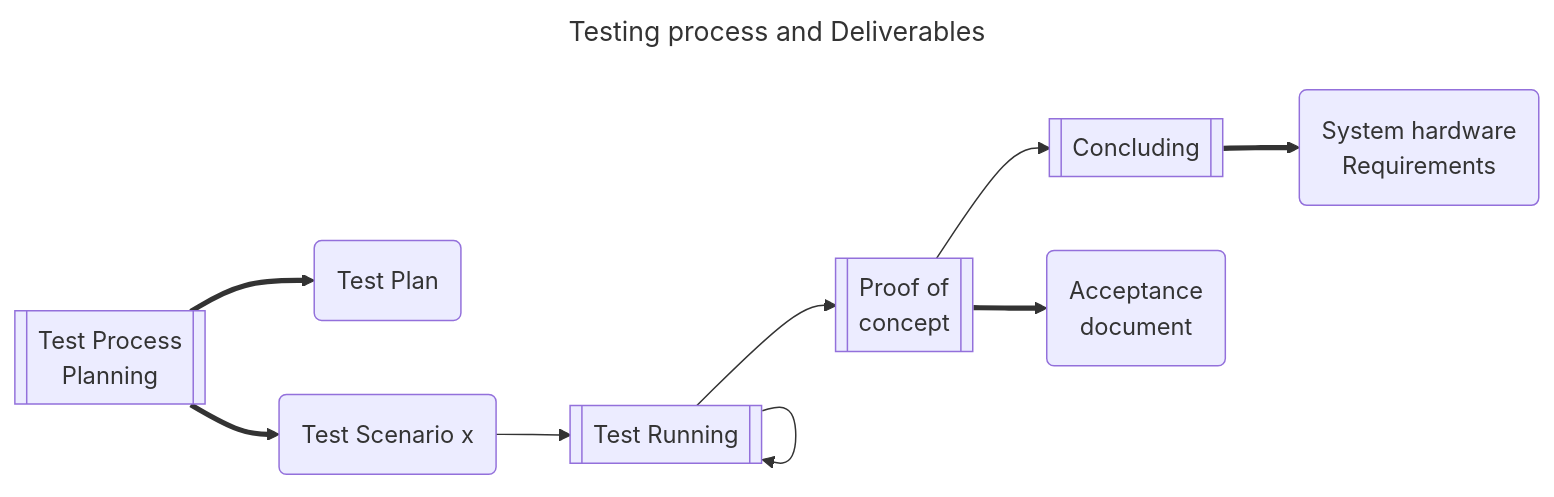
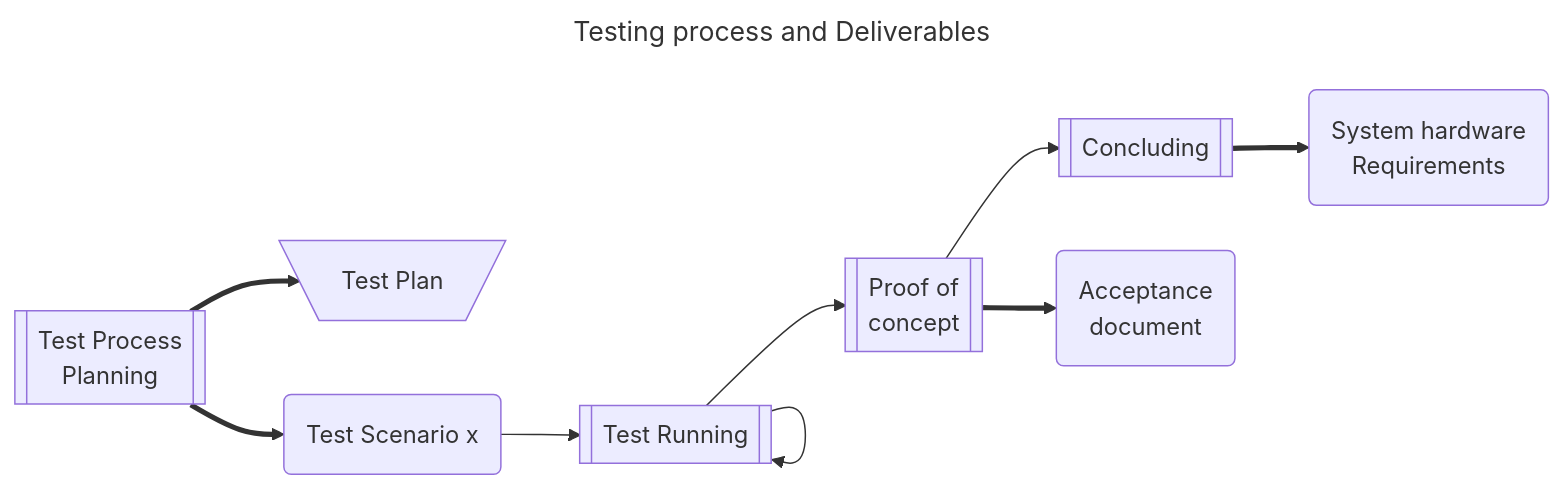
One commit to petre-renware/sdeven changed the second of 2 diagrams in doc_src/SDEVEN.25_SYTEST.md. Above: the diagram before and after it, drawn with Mermaid.

````diff
--- a/doc_src/SDEVEN.25_SYTEST.md
+++ b/doc_src/SDEVEN.25_SYTEST.md
@@ -200,30 +200,30 @@
 ```mermaid
 ---
 title: Testing process and Deliverables
 ---
 flowchart LR
     pln[["Test Process \n Planning"]]
     exec[["Test Running"]]
     poc[["Proof of \n concept"]]
     concl[["Concluding"]]
 
-    tpln("Test Plan")
+    tpln[\"Test Plan"/]
     tsce("Test Scenario x")
     pocdoc("Acceptance \n document")
     sysrq("System hardware \n Requirements")
 
 
     pln ==> tpln
     pln ==> tsce
 
     tsce --> exec
     exec --> exec
     exec --> poc
 
     poc --> concl
 
     poc ==> pocdoc
     concl ==> sysrq
 
 
 ```
````
